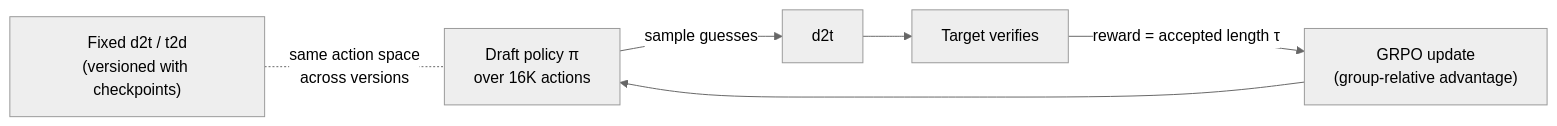
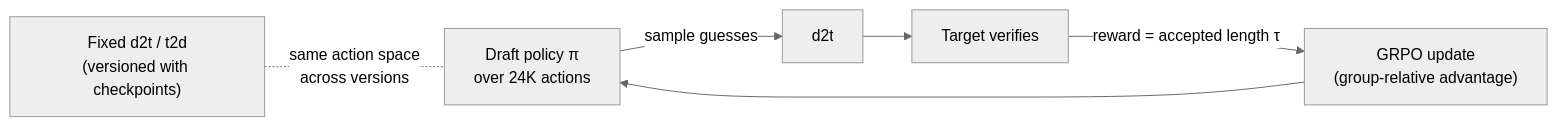
One commit to Gauravp2104/rl-spec-decoding changed the fourth of 4 diagrams in docs/concepts/vocabulary.md. Above: the diagram before and after it, drawn with Mermaid (neutral theme). The commit also changed other lines of this file and 12 other files, not shown here.

````diff
--- a/docs/concepts/vocabulary.md
+++ b/docs/concepts/vocabulary.md
@@ -149,8 +153,8 @@
 ```mermaid
 flowchart LR
-    P["Draft policy π<br/>over 16K actions"] -- "sample guesses" --> MAP["d2t"]
+    P["Draft policy π<br/>over 24K actions"] -- "sample guesses" --> MAP["d2t"]
     MAP --> T["Target verifies"]
     T -- "reward = accepted length τ" --> G["GRPO update<br/>(group-relative advantage)"]
     G --> P
     FIX["Fixed d2t / t2d<br/>(versioned with checkpoints)"] -. "same action space<br/>across versions" .- P
 ```
````
